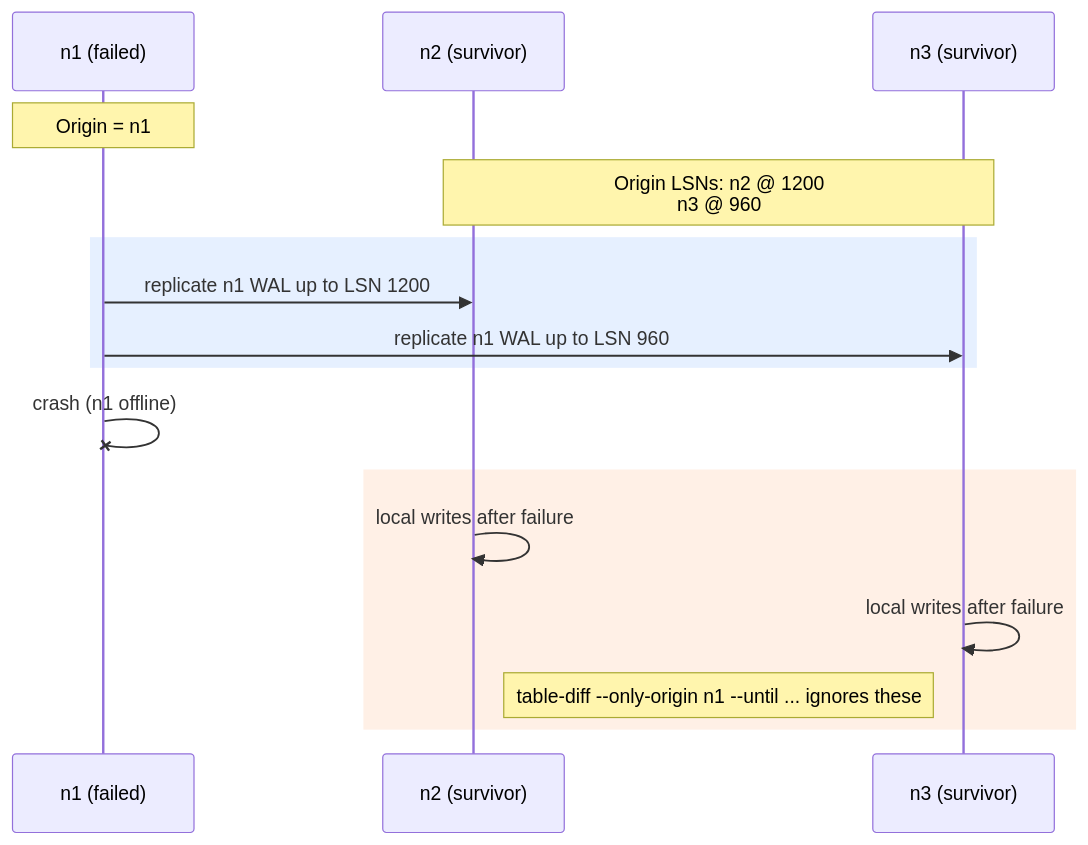
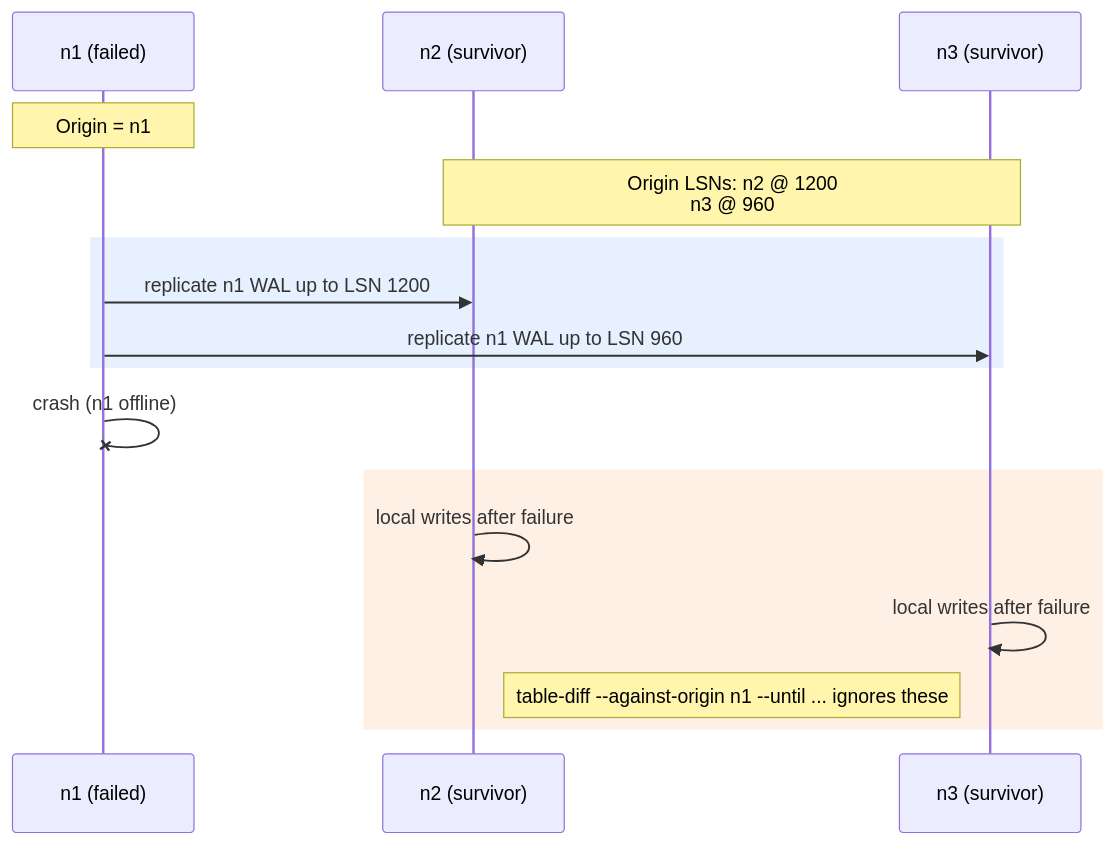
Before and after one commit to pgEdge/ace: the diagram in docs/using-ace-for-cnf-recovery.md, drawn with Mermaid. The commit also changed other lines of this file and 7 other files, not shown here.

Commit message:
Refactor `--only-origin` to `--against-origin`

````diff
--- a/docs/using-ace-for-cnf-recovery.md
+++ b/docs/using-ace-for-cnf-recovery.md
@@ -14,23 +14,23 @@
 ```mermaid
 sequenceDiagram
     participant N1 as n1 (failed)
     participant N2 as n2 (survivor)
     participant N3 as n3 (survivor)
 
     Note over N1: Origin = n1
     Note over N2,N3: Origin LSNs: n2 @ 1200<br/>n3 @ 960
 
 
     rect rgb(230, 240, 255)
     N1->>N2: replicate n1 WAL up to LSN 1200
     N1->>N3: replicate n1 WAL up to LSN 960
     end
 
     N1 -x N1: crash (n1 offline)
 
     rect rgb(255, 240, 230)
     N2->>N2: local writes after failure
     N3->>N3: local writes after failure
-    Note right of N2: table-diff --only-origin n1 --until ... ignores these
+    Note right of N2: table-diff --against-origin n1 --until ... ignores these
     end
 ```
````
